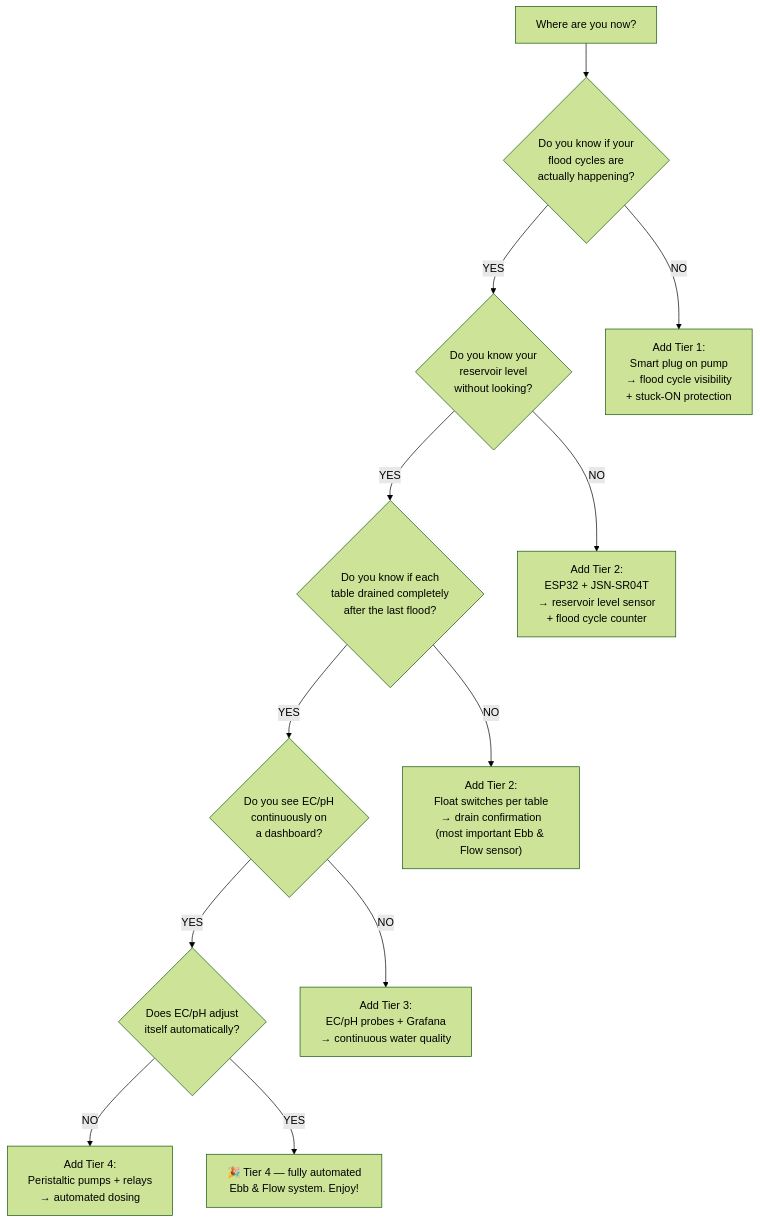
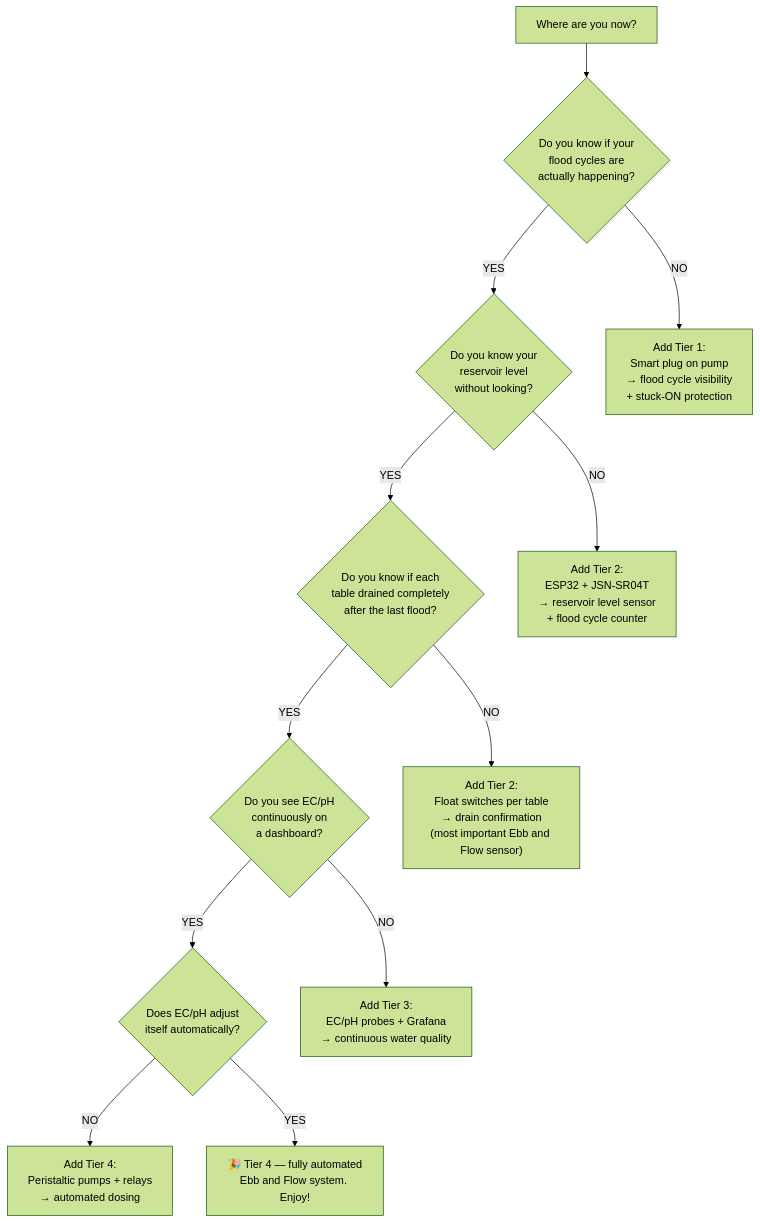
Before and after one commit to UncleJS/guide_hydroponics: diagram 13 of 13 in guide/ebb-and-flow/13-automation.md, drawn with Mermaid (forest theme). The commit also changed other lines of this file and 18 other files, not shown here.

````diff
--- a/guide/ebb-and-flow/13-automation.md
+++ b/guide/ebb-and-flow/13-automation.md
@@ -2387,29 +2389,29 @@
 ```mermaid
 flowchart TD
     START["Where are you now?"]
 
     Q1{"Do you know if your<br/>flood cycles are<br/>actually happening?"}
     Q2{"Do you know your<br/>reservoir level<br/>without looking?"}
     Q3{"Do you know if each<br/>table drained completely<br/>after the last flood?"}
     Q4{"Do you see EC/pH<br/>continuously on<br/>a dashboard?"}
     Q5{"Does EC/pH adjust<br/>itself automatically?"}
-    Q6["🎉 Tier 4 — fully automated<br/>Ebb &amp; Flow system. Enjoy!"]
+    Q6["🎉 Tier 4 — fully automated<br/>Ebb and Flow system. Enjoy!"]
 
     A1["Add Tier 1:<br/>Smart plug on pump<br/>→ flood cycle visibility<br/>+ stuck-ON protection"]
     A2["Add Tier 2:<br/>ESP32 + JSN-SR04T<br/>→ reservoir level sensor<br/>+ flood cycle counter"]
-    A3["Add Tier 2:<br/>Float switches per table<br/>→ drain confirmation<br/>(most important Ebb &amp; Flow sensor)"]
+    A3["Add Tier 2:<br/>Float switches per table<br/>→ drain confirmation<br/>(most important Ebb and Flow sensor)"]
     A4["Add Tier 3:<br/>EC/pH probes + Grafana<br/>→ continuous water quality"]
     A5["Add Tier 4:<br/>Peristaltic pumps + relays<br/>→ automated dosing"]
 
     START --> Q1
     Q1 -->|NO| A1
     Q1 -->|YES| Q2
     Q2 -->|NO| A2
     Q2 -->|YES| Q3
     Q3 -->|NO| A3
     Q3 -->|YES| Q4
     Q4 -->|NO| A4
     Q4 -->|YES| Q5
     Q5 -->|NO| A5
     Q5 -->|YES| Q6
 ```
````
